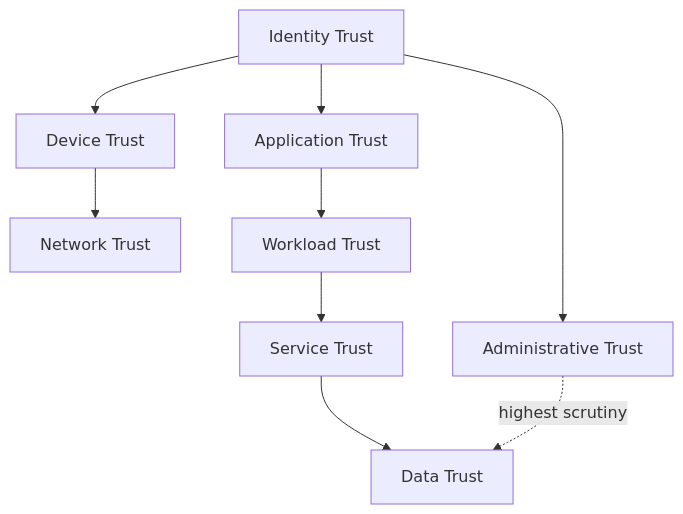
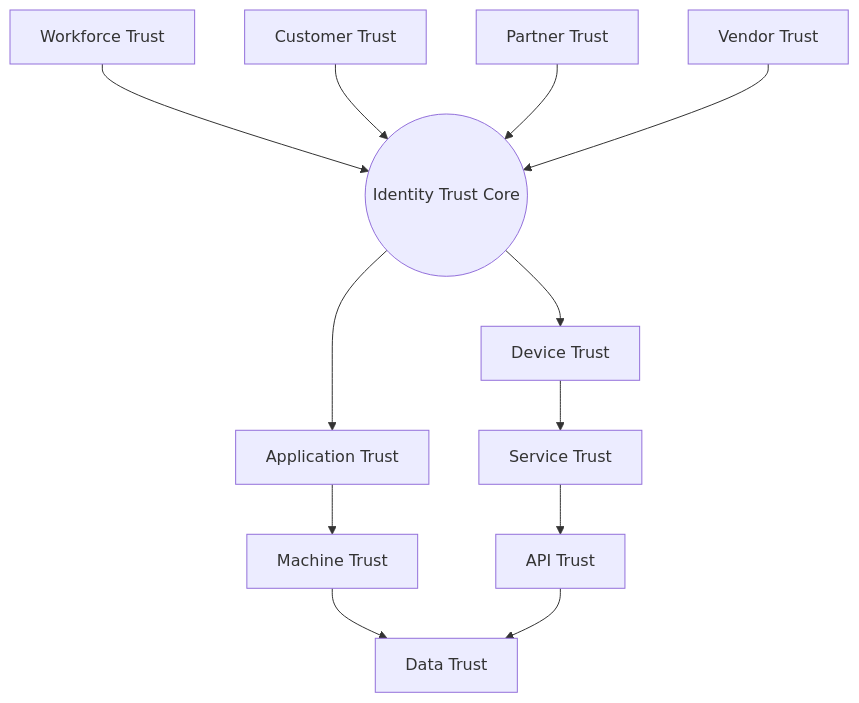
Before and after one commit to MojammelJoy/StackLeo-Tech-Store: the third of 7 diagrams in 06_Security/zero-trust-strategy.md, drawn with Mermaid. The commit also changed other lines of this file and 37 other files, not shown here.

````diff
--- a/06_Security/zero-trust-strategy.md
+++ b/06_Security/zero-trust-strategy.md
@@ -196,11 +272,14 @@
 ```mermaid
 flowchart TD
-    Identity[Identity Trust] --> Device[Device Trust]
-    Identity --> Application[Application Trust]
-    Device --> Network[Network Trust]
-    Application --> Workload[Workload Trust]
-    Workload --> Service[Service Trust]
-    Service --> Data[Data Trust]
-    Identity --> Admin[Administrative Trust]
-    Admin -.highest scrutiny.-> Data
+    WorkTrust[Workforce Trust] --> IdTrustCore((Identity Trust Core))
+    CustTrust[Customer Trust] --> IdTrustCore
+    PartTrust[Partner Trust] --> IdTrustCore
+    VendTrust[Vendor Trust] --> IdTrustCore
+    IdTrustCore --> DevTrust2[Device Trust]
+    IdTrustCore --> AppTrust2[Application Trust]
+    DevTrust2 --> SvcTrust[Service Trust]
+    AppTrust2 --> MachTrust[Machine Trust]
+    SvcTrust --> ApiTrust[API Trust]
+    MachTrust --> DataTrust2[Data Trust]
+    ApiTrust --> DataTrust2
 ```
````
